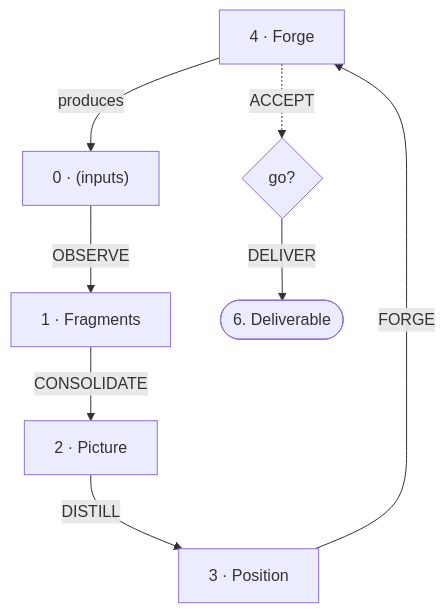
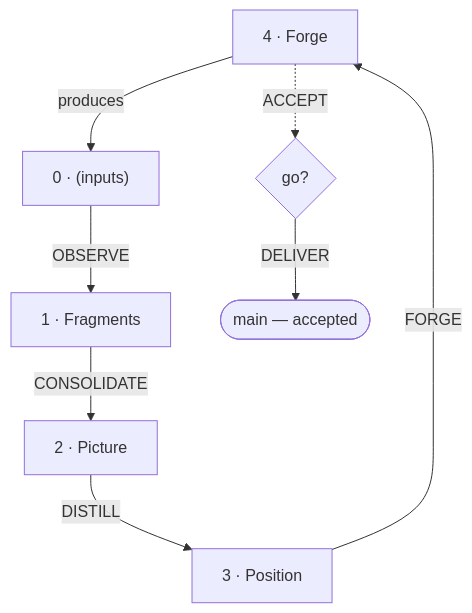
Before and after one commit to ChristianLemer/tekton: the diagram in kyklos/skills/elasis/SKILL.md, drawn with Mermaid. The commit also changed other lines of this file and 128 other files, not shown here.

````diff
--- a/kyklos/skills/elasis/SKILL.md
+++ b/kyklos/skills/elasis/SKILL.md
@@ -22,10 +19,10 @@
 ```mermaid
 flowchart TD
     F["4 · Forge"] -->|produces| Zero["0 · (inputs)"]
     Zero -->|OBSERVE| Fr["1 · Fragments"]
     Fr -->|CONSOLIDATE| P["2 · Picture"]
     P -->|DISTILL| Pos["3 · Position"]
     Pos -->|FORGE| F
     F -.->|ACCEPT| G{"go?"}
-    G -->|DELIVER| D(["6. Deliverable"])
+    G -->|DELIVER| D(["main — accepted"])
 ```
````
